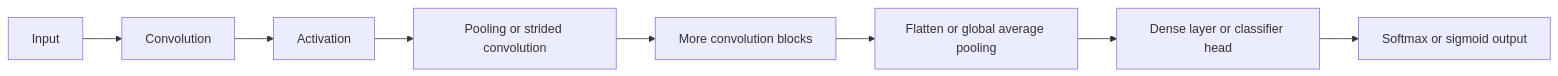
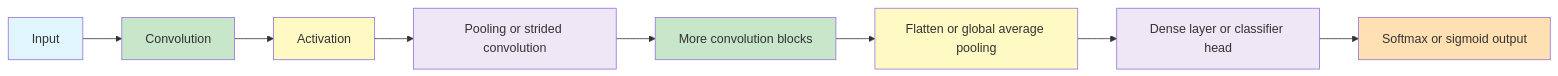
The second of 4 diagrams in content/docs/ai/deep-learning/060-cnn-fundamentals.md (arshadhs/arshadhs.github.io), drawn with Mermaid before and after one commit. The commit also changed other lines of this file, not shown here.

```diff
--- a/content/docs/ai/deep-learning/060-cnn-fundamentals.md
+++ b/content/docs/ai/deep-learning/060-cnn-fundamentals.md
@@ -137,10 +146,19 @@
 {{< mermaid >}}
 flowchart LR
     A[Input] --> B[Convolution]
     B --> C[Activation]
     C --> D[Pooling or strided convolution]
     D --> E[More convolution blocks]
     E --> F[Flatten or global average pooling]
     F --> G[Dense layer or classifier head]
     G --> H[Softmax or sigmoid output]
+
+    style A fill:#E1F5FE
+    style B fill:#C8E6C9
+    style C fill:#FFF9C4
+    style D fill:#EDE7F6
+    style E fill:#C8E6C9
+    style F fill:#FFF9C4
+    style G fill:#EDE7F6
+    style H fill:#FFE0B2
 {{< /mermaid >}}
```
